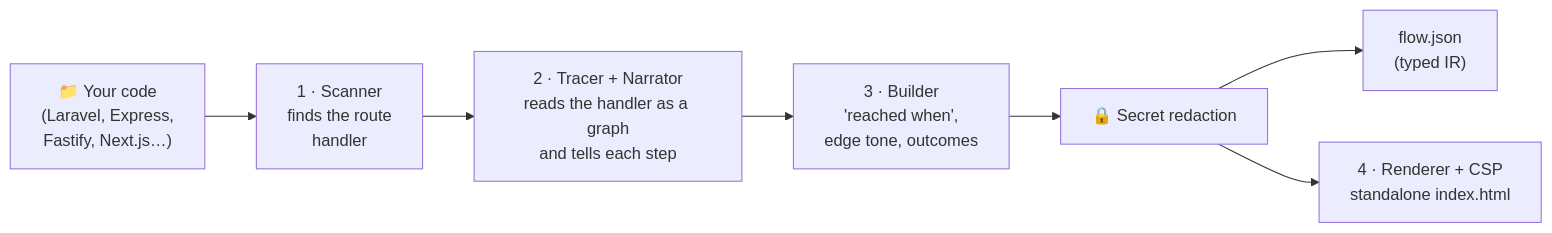
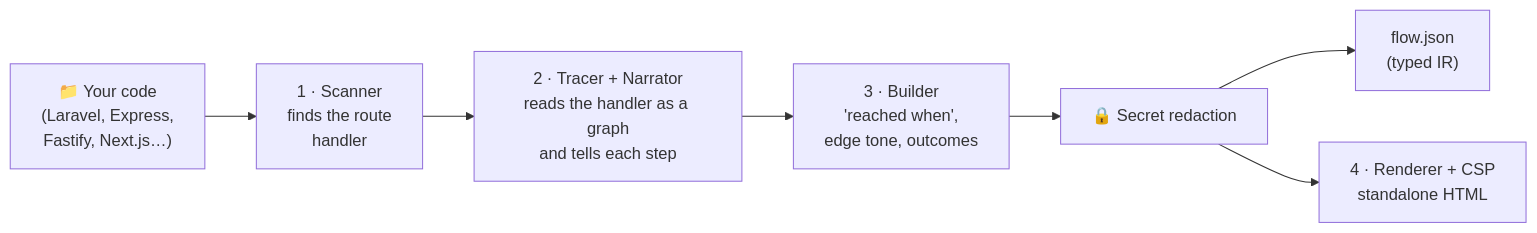
One commit to jadsgithub/flow-view changed the diagram in README.en.md. Above: the diagram before and after it, drawn with Mermaid. The commit also changed other lines of this file and 18 other files, not shown here.

````diff
--- a/README.en.md
+++ b/README.en.md
@@ -155,9 +158,9 @@
 ```mermaid
 flowchart LR
   A["📁 Your code<br/>(Laravel, Express,<br/>Fastify, Next.js…)"] --> B["1 · Scanner<br/>finds the route<br/>handler"]
   B --> C["2 · Tracer + Narrator<br/>reads the handler as a graph<br/>and tells each step"]
   C --> D["3 · Builder<br/>'reached when',<br/>edge tone, outcomes"]
   D --> E["🔒 Secret redaction"]
   E --> F["flow.json<br/>(typed IR)"]
-  E --> G["4 · Renderer + CSP<br/>standalone index.html"]
+  E --> G["4 · Renderer + CSP<br/>standalone HTML"]
 ```
````
